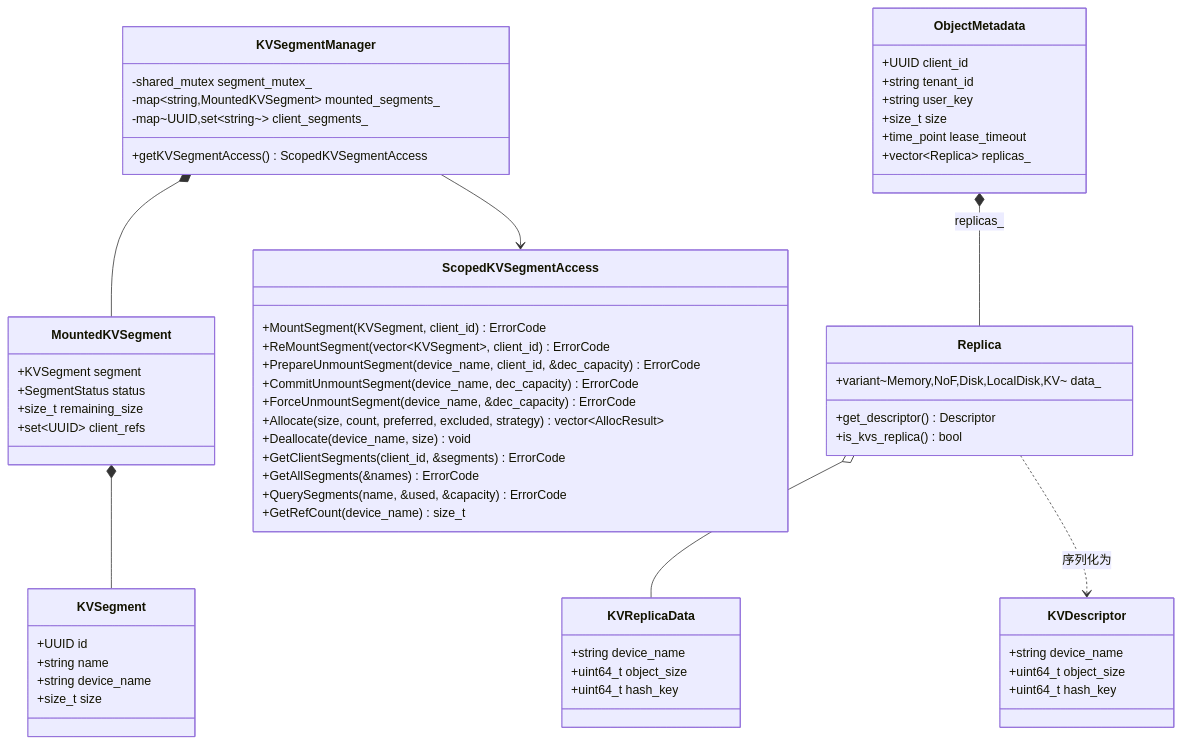
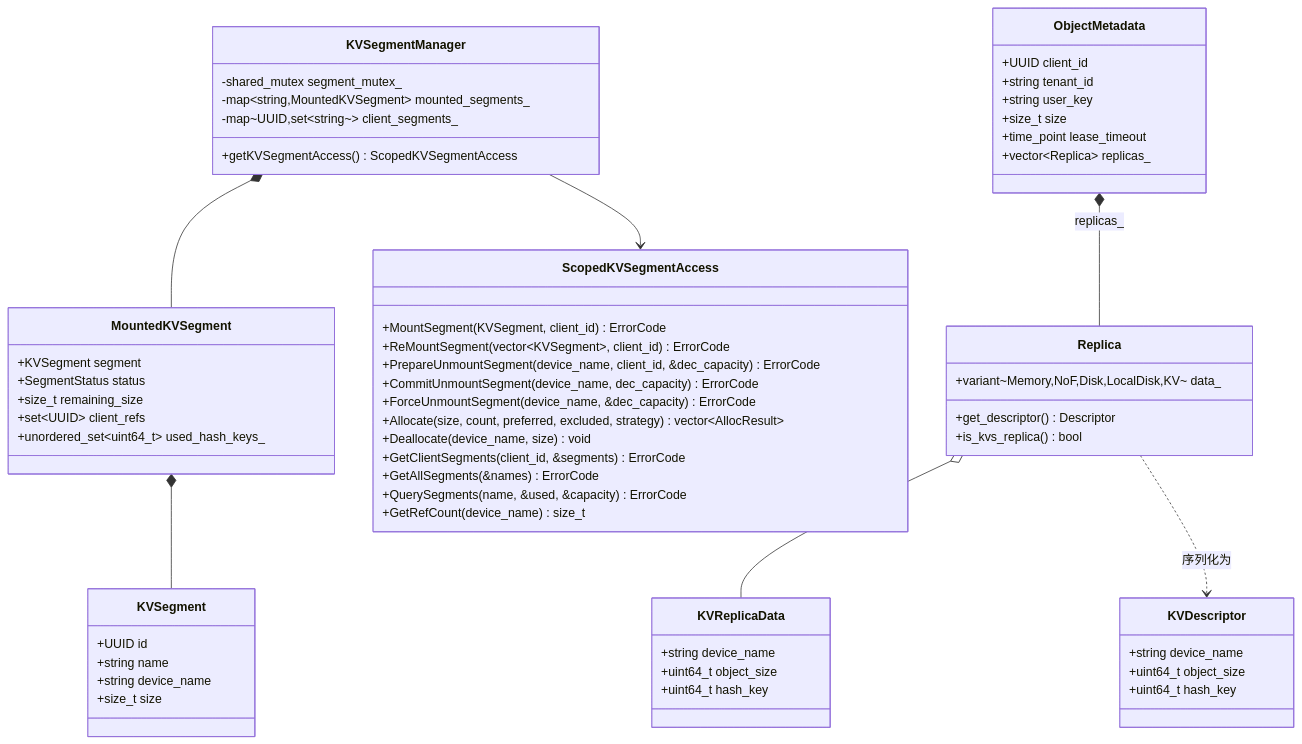
One commit to yz53665/Mooncake changed the second of 20 diagrams in mooncake-store/docs/KVUSegment_design.md. Above: the diagram before and after it, drawn with Mermaid. The commit also changed other lines of this file, not shown here.

````diff
--- a/mooncake-store/docs/KVUSegment_design.md
+++ b/mooncake-store/docs/KVUSegment_design.md
@@ -73,73 +73,74 @@
 ```mermaid
 classDiagram
     direction TB
 
     class KVSegment {
         +UUID id
         +string name
         +string device_name
         +size_t size
     }
 
     class MountedKVSegment {
         +KVSegment segment
         +SegmentStatus status
         +size_t remaining_size
         +set~UUID~ client_refs
+        +unordered_set~uint64_t~ used_hash_keys_
     }
 
     class KVSegmentManager {
         -shared_mutex segment_mutex_
         -map~string,MountedKVSegment~ mounted_segments_
         -map~UUID,set~string~~ client_segments_
         +getKVSegmentAccess() ScopedKVSegmentAccess
     }
 
     class ScopedKVSegmentAccess {
         +MountSegment(KVSegment, client_id) ErrorCode
         +ReMountSegment(vector~KVSegment~, client_id) ErrorCode
         +PrepareUnmountSegment(device_name, client_id, &dec_capacity) ErrorCode
         +CommitUnmountSegment(device_name, dec_capacity) ErrorCode
         +ForceUnmountSegment(device_name, &dec_capacity) ErrorCode
         +Allocate(size, count, preferred, excluded, strategy) vector~AllocResult~
         +Deallocate(device_name, size) void
         +GetClientSegments(client_id, &segments) ErrorCode
         +GetAllSegments(&names) ErrorCode
         +QuerySegments(name, &used, &capacity) ErrorCode
         +GetRefCount(device_name) size_t
     }
 
     class KVReplicaData {
         +string device_name
         +uint64_t object_size
         +uint64_t hash_key
     }
 
     class KVDescriptor {
         +string device_name
         +uint64_t object_size
         +uint64_t hash_key
     }
 
     class Replica {
         +variant~Memory,NoF,Disk,LocalDisk,KV~ data_
         +get_descriptor() Descriptor
         +is_kvs_replica() bool
     }
 
     class ObjectMetadata {
         +UUID client_id
         +string tenant_id
         +string user_key
         +size_t size
         +time_point lease_timeout
         +vector~Replica~ replicas_
     }
 
     KVSegmentManager *-- MountedKVSegment
     MountedKVSegment *-- KVSegment
     KVSegmentManager --> ScopedKVSegmentAccess
     Replica o-- KVReplicaData
     Replica ..> KVDescriptor : 序列化为
     ObjectMetadata *-- Replica : replicas_
 ```
````
